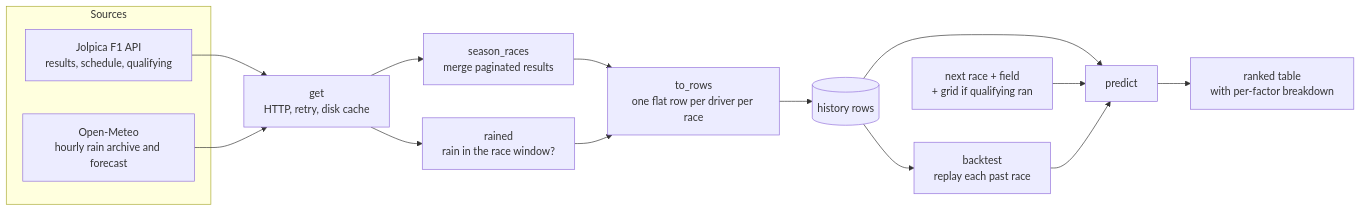
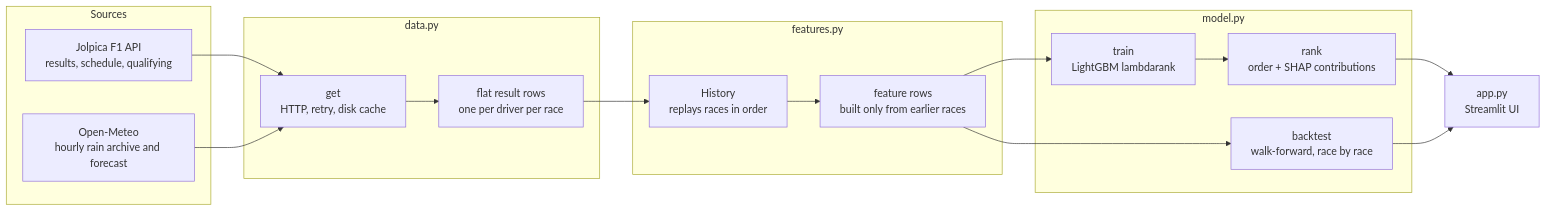
The diagram in README.md (DorukMaltepe/my-formula-1), drawn with Mermaid before and after one commit. The commit also changed other lines of this file and 8 other files, not shown here.

````diff
--- a/README.md
+++ b/README.md
@@ -41,21 +40,24 @@
 ```mermaid
 flowchart LR
     subgraph Sources
         J[Jolpica F1 API<br/>results, schedule, qualifying]
         W[Open-Meteo<br/>hourly rain archive and forecast]
     end
-
-    J --> G[get<br/>HTTP, retry, disk cache]
+    subgraph data.py
+        G[get<br/>HTTP, retry, disk cache] --> R[flat result rows<br/>one per driver per race]
+    end
+    subgraph features.py
+        H[History<br/>replays races in order] --> F[feature rows<br/>built only from earlier races]
+    end
+    subgraph model.py
+        T[train<br/>LightGBM lambdarank] --> P[rank<br/>order + SHAP contributions]
+        B[backtest<br/>walk-forward, race by race]
+    end
+    J --> G
     W --> G
-    G --> SR[season_races<br/>merge paginated results]
-    G --> RN[rained<br/>rain in the race window?]
-    SR --> TR[to_rows<br/>one flat row per driver per race]
-    RN --> TR
-    TR --> H[(history rows)]
-
-    H --> P[predict]
-    N[next race + field<br/>+ grid if qualifying ran] --> P
-    P --> O[ranked table<br/>with per-factor breakdown]
-    H --> B[backtest<br/>replay each past race]
-    B --> P
+    R --> H
+    F --> T
+    F --> B
+    P --> A[app.py<br/>Streamlit UI]
+    B --> A
 ```
````
